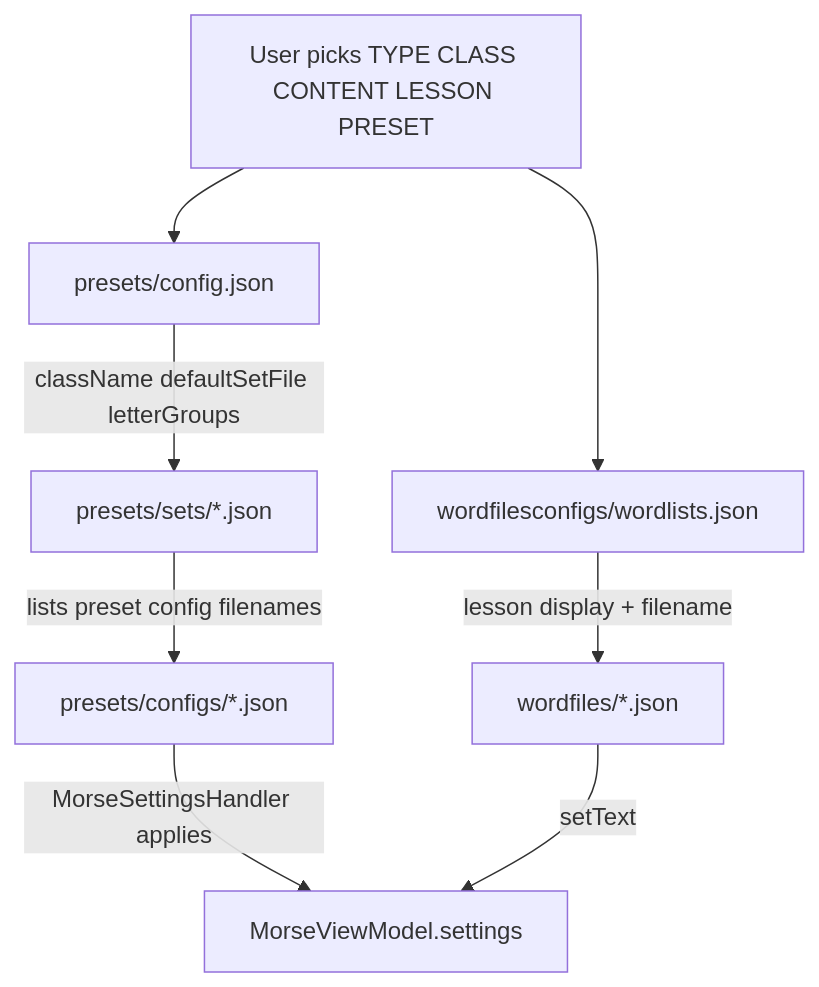
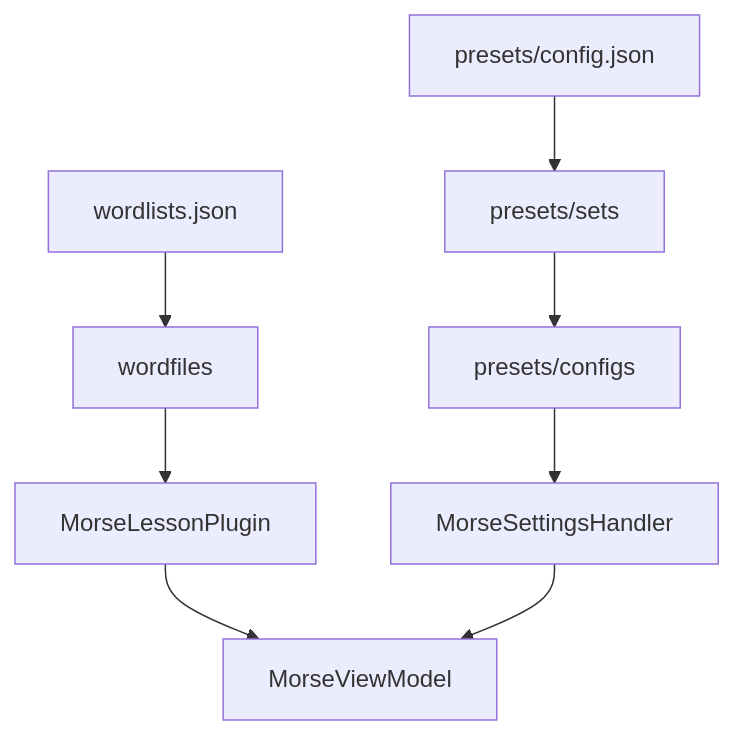
The third of 4 diagrams in docs/DEVELOPER_GUIDE.md (LongIslandCW/morsebrowser), drawn with Mermaid before and after one commit. The commit also changed other lines of this file and 14 other files, not shown here.

Commit message:
Enhance playback controls with keyboard shortcuts for play, pause, and stop functionality. Update the MorseViewModel to manage playback state and focus behavior. Adjust tests to validate new shortcut interactions and ensure consistent playback control visibility.

````diff
--- a/docs/DEVELOPER_GUIDE.md
+++ b/docs/DEVELOPER_GUIDE.md
@@ -386,18 +151,10 @@
 ```mermaid
 flowchart TD
-  CFG[presets/config.json]
-  SET[presets/sets/*.json]
-  PRE[presets/configs/*.json]
-  WL[wordfilesconfigs/wordlists.json]
-  WF[wordfiles/*.json]
-
-  CFG -->|className defaultSetFile letterGroups| SET
-  SET -->|lists preset config filenames| PRE
-  WL -->|lesson display + filename| WF
-
-  USER[User picks TYPE CLASS CONTENT LESSON PRESET]
-  USER --> CFG
-  USER --> WL
-  PRE -->|MorseSettingsHandler applies| VM[MorseViewModel.settings]
-  WF -->|setText| VM
+  WL[wordlists.json] --> WF[wordfiles]
+  PC[presets/config.json] --> SETS[presets/sets]
+  SETS --> PRESETS[presets/configs]
+  PRESETS --> HANDLER[MorseSettingsHandler]
+  WF --> LESSON[MorseLessonPlugin]
+  LESSON --> VM[MorseViewModel]
+  HANDLER --> VM
 ```
````
